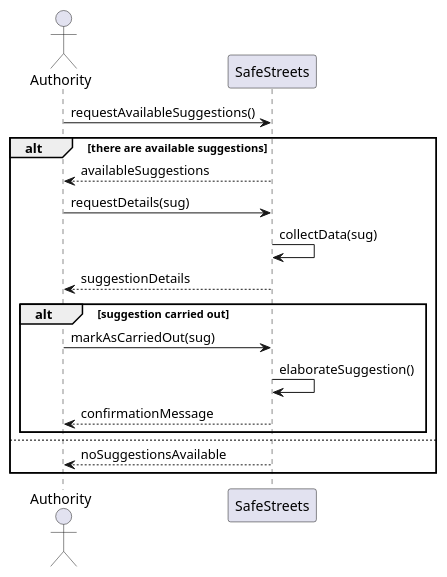
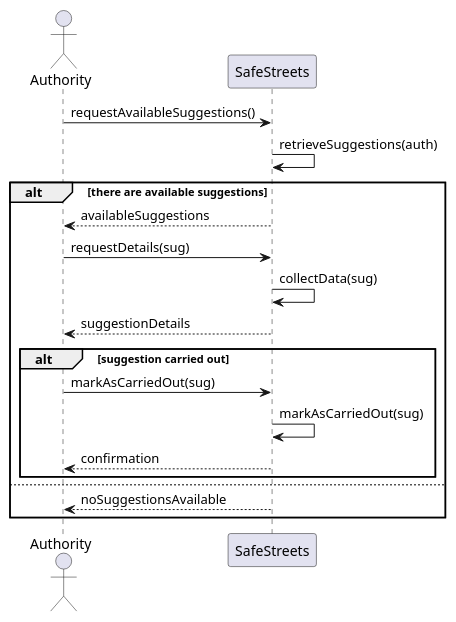
Before and after one commit to fuljo/FulginiDiCesare-SE2: the diagram in diagrams/rasd_sequence_diagram_uc_2_3.wsd, drawn with PlantUML. The commit also changed 5 other files, not shown here.

Commit message:
Improve names in sequence diagrams

```diff
--- a/diagrams/rasd_sequence_diagram_uc_2_3.wsd
+++ b/diagrams/rasd_sequence_diagram_uc_2_3.wsd
@@ -1,23 +1,24 @@
 @startuml rasd_sequence_diagram_uc_2_3
 skinparam Shadowing false
 
 actor Authority as A
 participant SafeStreets as SS
 
 A -> SS : requestAvailableSuggestions()
+SS -> SS : retrieveSuggestions(auth)
 alt there are available suggestions
 SS --> A : availableSuggestions
 A -> SS : requestDetails(sug)
 SS -> SS : collectData(sug)
 SS --> A : suggestionDetails
 alt suggestion carried out 
 A -> SS : markAsCarriedOut(sug)
-SS -> SS : elaborateSuggestion()
-SS --> A : confirmationMessage
+SS -> SS : markAsCarriedOut(sug)
+SS --> A : confirmation
 end
 else
 SS --> A : noSuggestionsAvailable
 end
 
 
 @enduml
```
